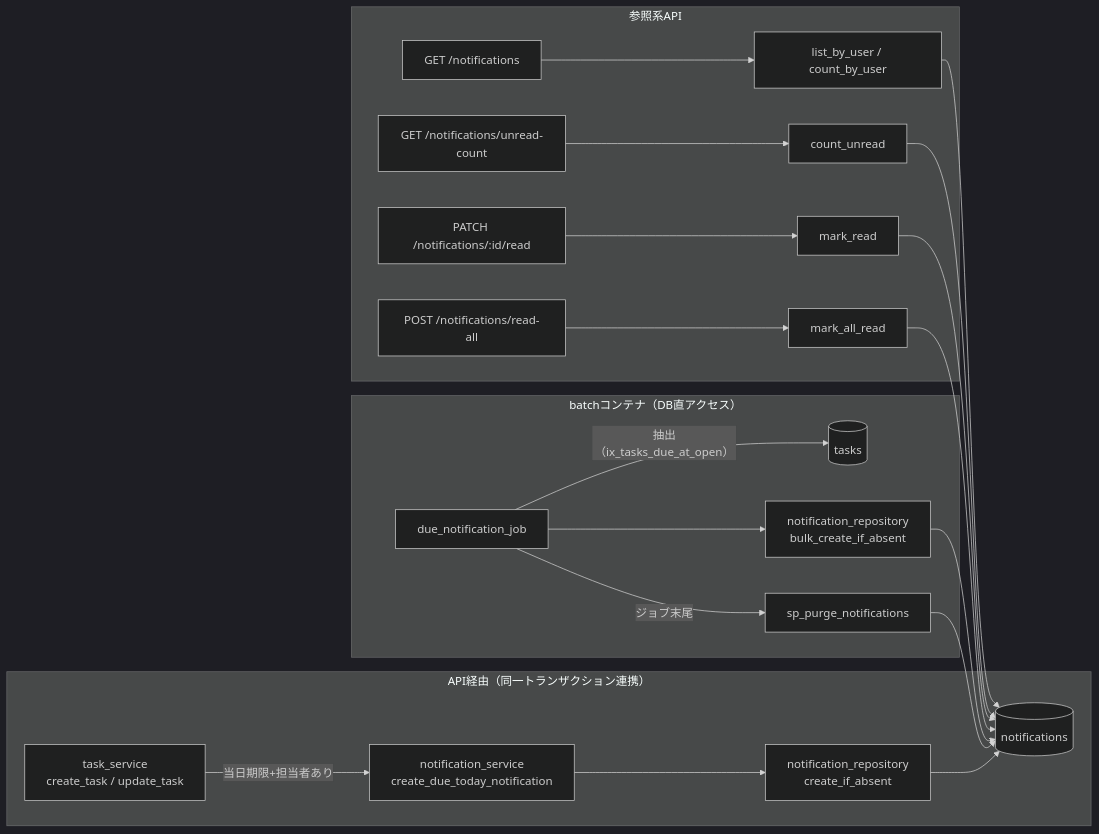
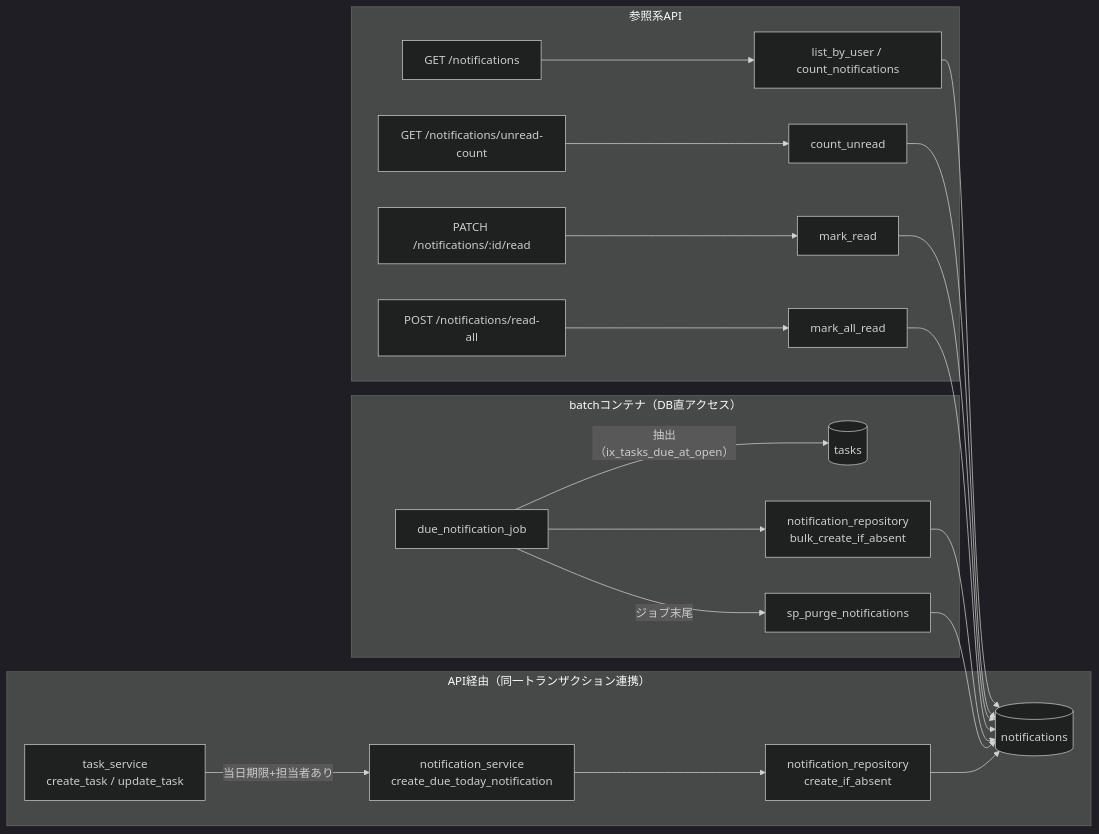
One commit to oikawa-d/task_management changed the second of 2 diagrams in docs/detailed_design/database/10_table_notifications.md. Above: the diagram before and after it, drawn with Mermaid (dark theme). The commit also changed other lines of this file and 10 other files, not shown here.

````diff
--- a/docs/detailed_design/database/10_table_notifications.md
+++ b/docs/detailed_design/database/10_table_notifications.md
@@ -215,27 +217,27 @@
 ```mermaid
 flowchart LR
     subgraph api["API経由（同一トランザクション連携）"]
         TS["task_service<br/>create_task / update_task"] -->|"当日期限+担当者あり"| NS1["notification_service<br/>create_due_today_notification"]
         NS1 --> NR1["notification_repository<br/>create_if_absent"]
         NR1 --> N1[("notifications")]
     end
 
     subgraph batch["batchコンテナ（DB直アクセス）"]
         JOB["due_notification_job"] -->|"抽出（ix_tasks_due_at_open）"| T1[("tasks")]
         JOB --> NR2["notification_repository<br/>bulk_create_if_absent"]
         NR2 --> N1
         JOB -->|"ジョブ末尾"| SP["sp_purge_notifications"]
         SP --> N1
     end
 
     subgraph query["参照系API"]
-        API1["GET /notifications"] --> NR3["list_by_user / count_by_user"]
+        API1["GET /notifications"] --> NR3["list_by_user / count_notifications"]
         API2["GET /notifications/unread-count"] --> NR4["count_unread"]
         API3["PATCH /notifications/:id/read"] --> NR5["mark_read"]
         API4["POST /notifications/read-all"] --> NR6["mark_all_read"]
         NR3 --> N1
         NR4 --> N1
         NR5 --> N1
         NR6 --> N1
     end
 ```
````
